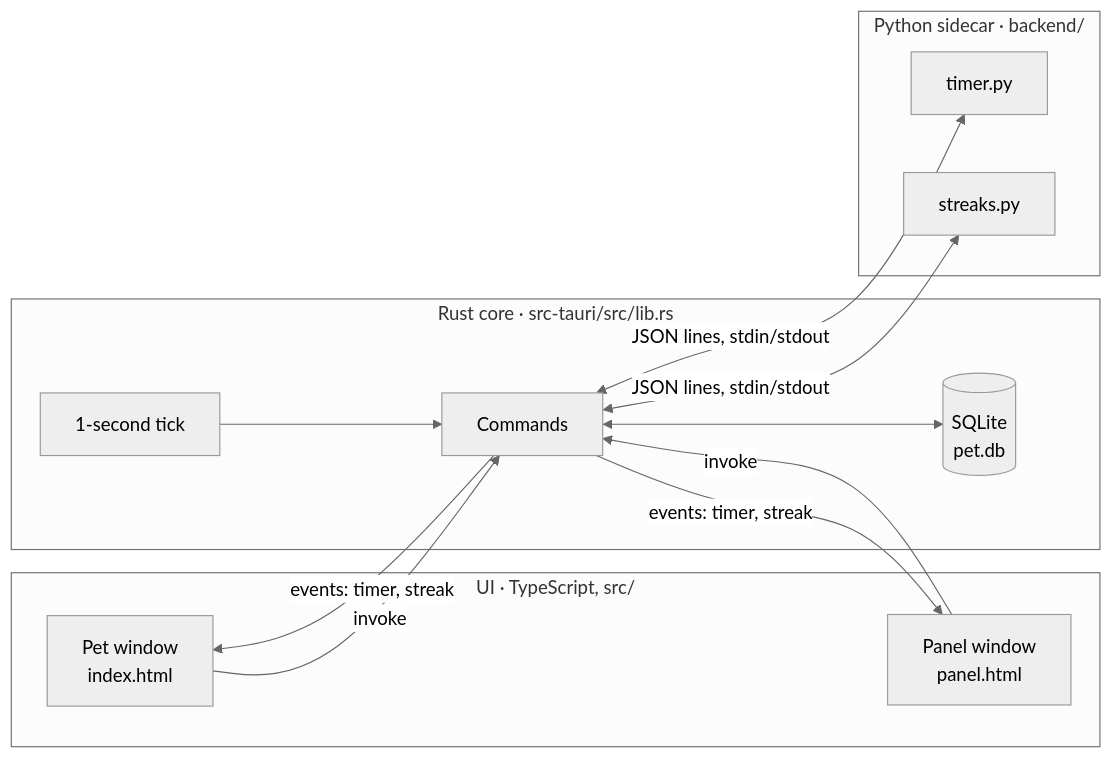
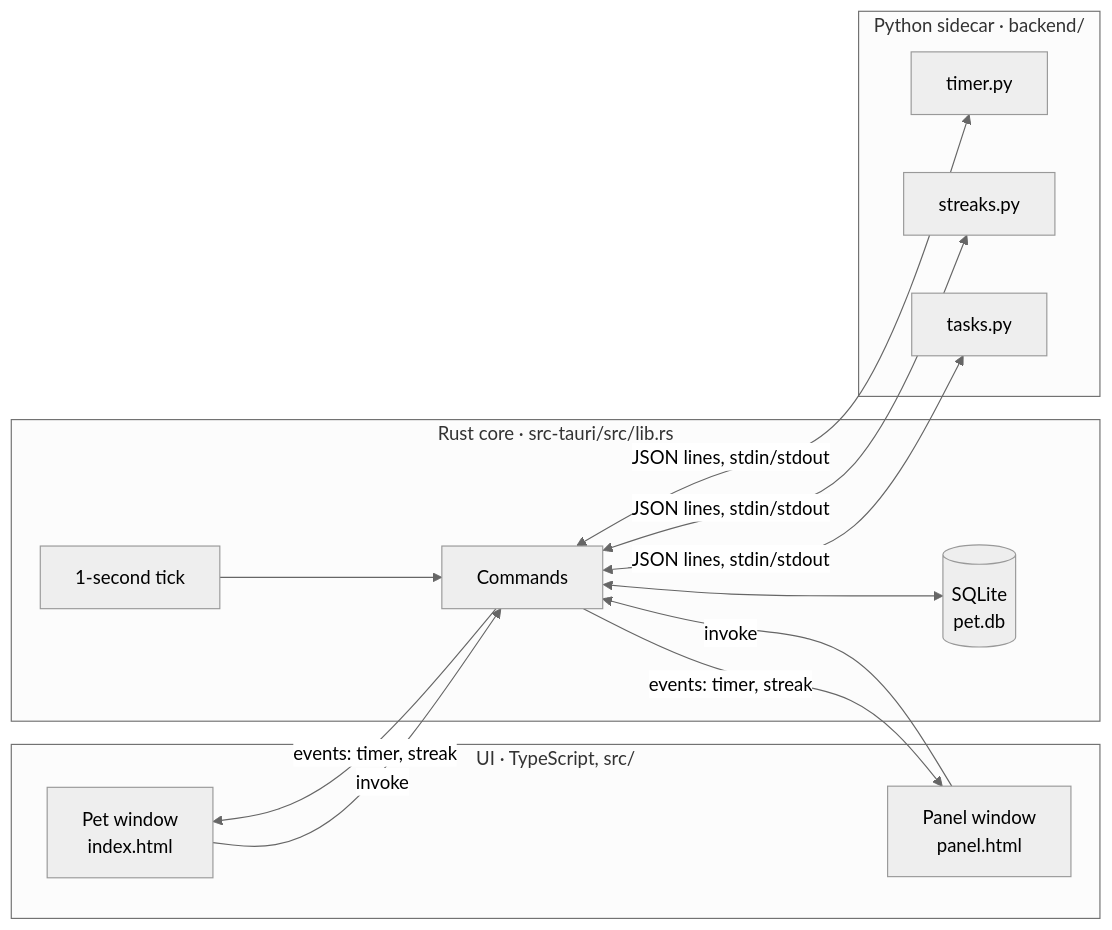
One commit to victornguyen7/Study-Pet changed the first of 3 diagrams in docs/ARCHITECTURE.md. Above: the diagram before and after it, drawn with Mermaid (neutral theme). The commit also changed other lines of this file and 6 other files, not shown here.

````diff
--- a/docs/ARCHITECTURE.md
+++ b/docs/ARCHITECTURE.md
@@ -11,24 +11,26 @@
 ```mermaid
 flowchart LR
     subgraph UI["UI · TypeScript, src/"]
         PET["Pet window<br/>index.html"]
         PANEL["Panel window<br/>panel.html"]
     end
     subgraph CORE["Rust core · src-tauri/src/lib.rs"]
         CMD["Commands"]
         TICK["1-second tick"]
         DB[("SQLite<br/>pet.db")]
     end
     subgraph PY["Python sidecar · backend/"]
         TIMER["timer.py"]
         STREAK["streaks.py"]
+        TASKS["tasks.py"]
     end
     PET -->|invoke| CMD
     PANEL -->|invoke| CMD
     CMD -->|"events: timer, streak"| PET
     CMD -->|"events: timer, streak"| PANEL
     CMD <--> DB
     TICK --> CMD
     CMD <-->|"JSON lines, stdin/stdout"| TIMER
     CMD <-->|"JSON lines, stdin/stdout"| STREAK
+    CMD <-->|"JSON lines, stdin/stdout"| TASKS
 ```
````
